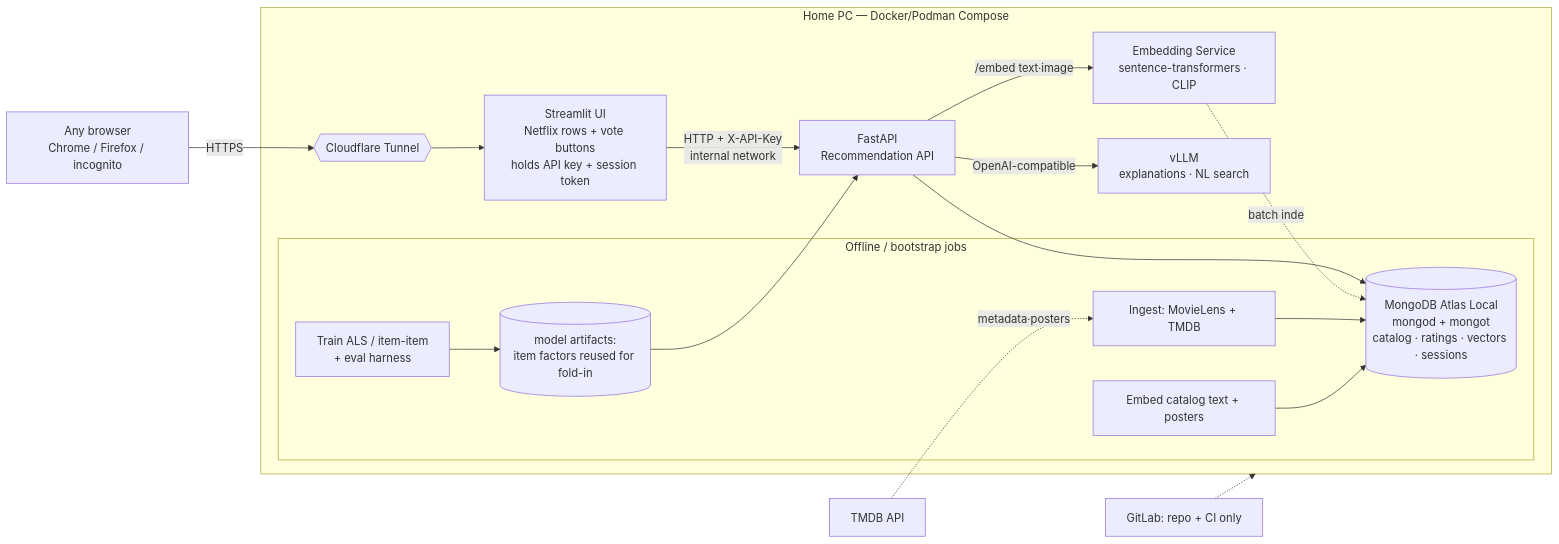
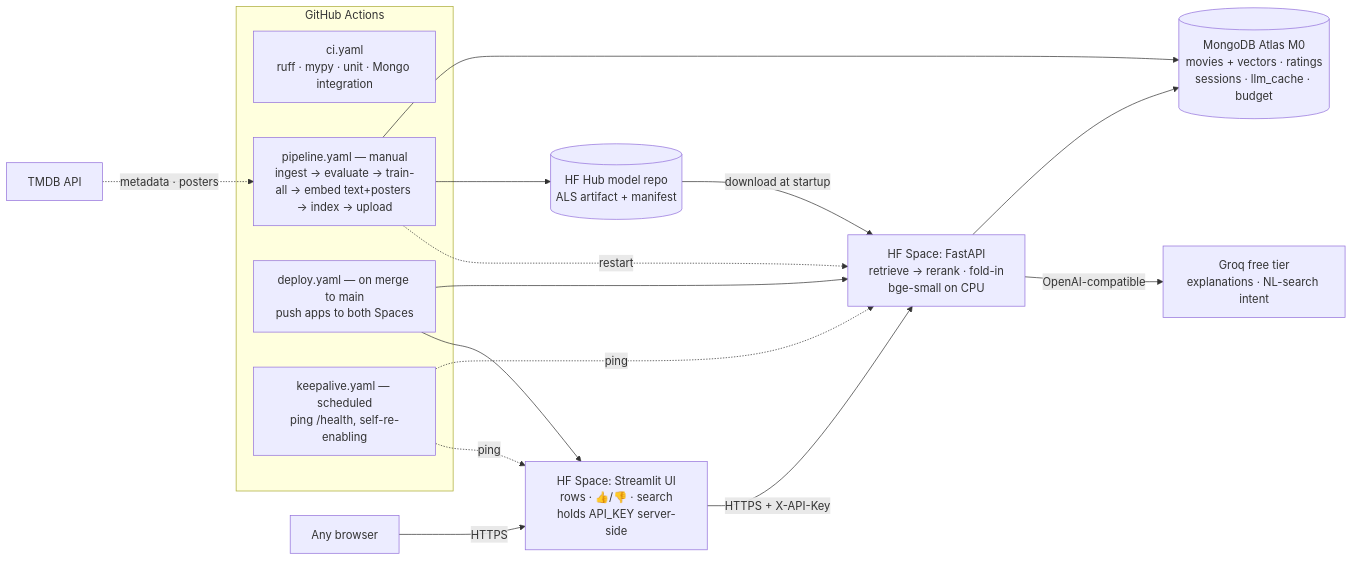
One commit to cjohns26/movie_recs changed the diagram in plan.md. Above: the diagram before and after it, drawn with Mermaid. The commit also changed other lines of this file and 1 other file, not shown here.

First line of the commit message:
docs(plan): rewrite plan.md for cloud-hosted, $0 always-live demo; add Session 5 task plan

````diff
--- a/plan.md
+++ b/plan.md
@@ -65,20 +43,22 @@
 ```mermaid
 flowchart LR
-    U[Any browser<br/>Chrome / Firefox / incognito] -->|HTTPS| CF{{Cloudflare Tunnel}}
-    subgraph home[Home PC — Docker/Podman Compose]
-      CF --> ST[Streamlit UI<br/>Netflix rows + vote buttons<br/>holds API key + session token]
-      ST -->|HTTP + X-API-Key<br/>internal network| API[FastAPI<br/>Recommendation API]
-      API --> MDB[(MongoDB Atlas Local<br/>mongod + mongot<br/>catalog · ratings · vectors · sessions)]
-      API -->|OpenAI-compatible| VLLM[vLLM<br/>explanations · NL search]
-      API -->|/embed text·image| EMB[Embedding Service<br/>sentence-transformers · CLIP]
-      EMB -.batch index.-> MDB
-      subgraph offline[Offline / bootstrap jobs]
-        ING[Ingest: MovieLens + TMDB] --> MDB
-        TRAIN[Train ALS / item-item<br/>+ eval harness] --> ART[(model artifacts:<br/>item factors reused for fold-in)]
-        EMBED[Embed catalog text + posters] --> MDB
-      end
-      ART --> API
+    U[Any browser] -->|HTTPS| ST[HF Space: Streamlit UI<br/>rows · 👍/👎 · search<br/>holds API_KEY server-side]
+    ST -->|HTTPS + X-API-Key| API[HF Space: FastAPI<br/>retrieve → rerank · fold-in<br/>bge-small on CPU]
+    API --> MDB[(MongoDB Atlas M0<br/>movies + vectors · ratings<br/>sessions · llm_cache · budget)]
+    API -->|OpenAI-compatible| LLM[Groq free tier<br/>explanations · NL-search intent]
+    HUB[(HF Hub model repo<br/>ALS artifact + manifest)] -->|download at startup| API
+    subgraph gha[GitHub Actions]
+      CI[ci.yaml<br/>ruff · mypy · unit · Mongo integration]
+      PIPE[pipeline.yaml — manual<br/>ingest → evaluate → train-all → embed text+posters → index → upload]
+      DEP[deploy.yaml — on merge to main<br/>push apps to both Spaces]
+      KA[keepalive.yaml — scheduled<br/>ping /health, self-re-enabling]
     end
-    TMDB[TMDB API] -.metadata·posters.-> ING
-    GL[GitLab: repo + CI only] -.-> home
+    PIPE --> MDB
+    PIPE --> HUB
+    PIPE -.restart.-> API
+    DEP --> API
+    DEP --> ST
+    KA -.ping.-> API
+    KA -.ping.-> ST
+    TMDB[TMDB API] -.metadata · posters.-> PIPE
 ```
````
